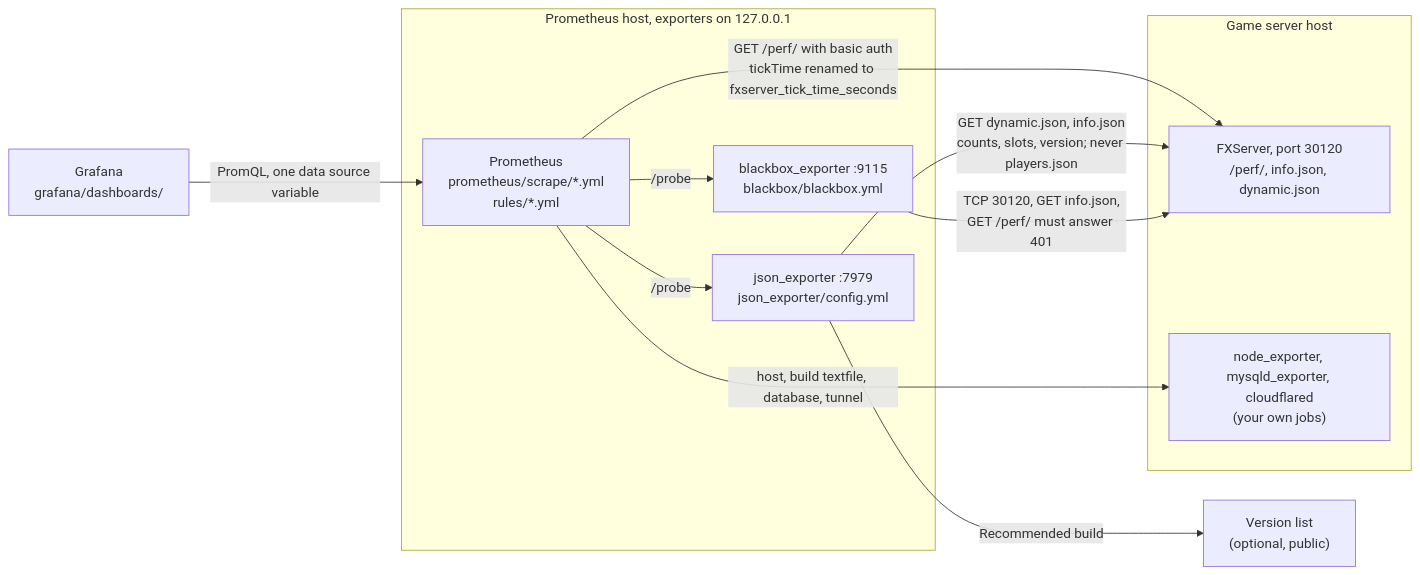
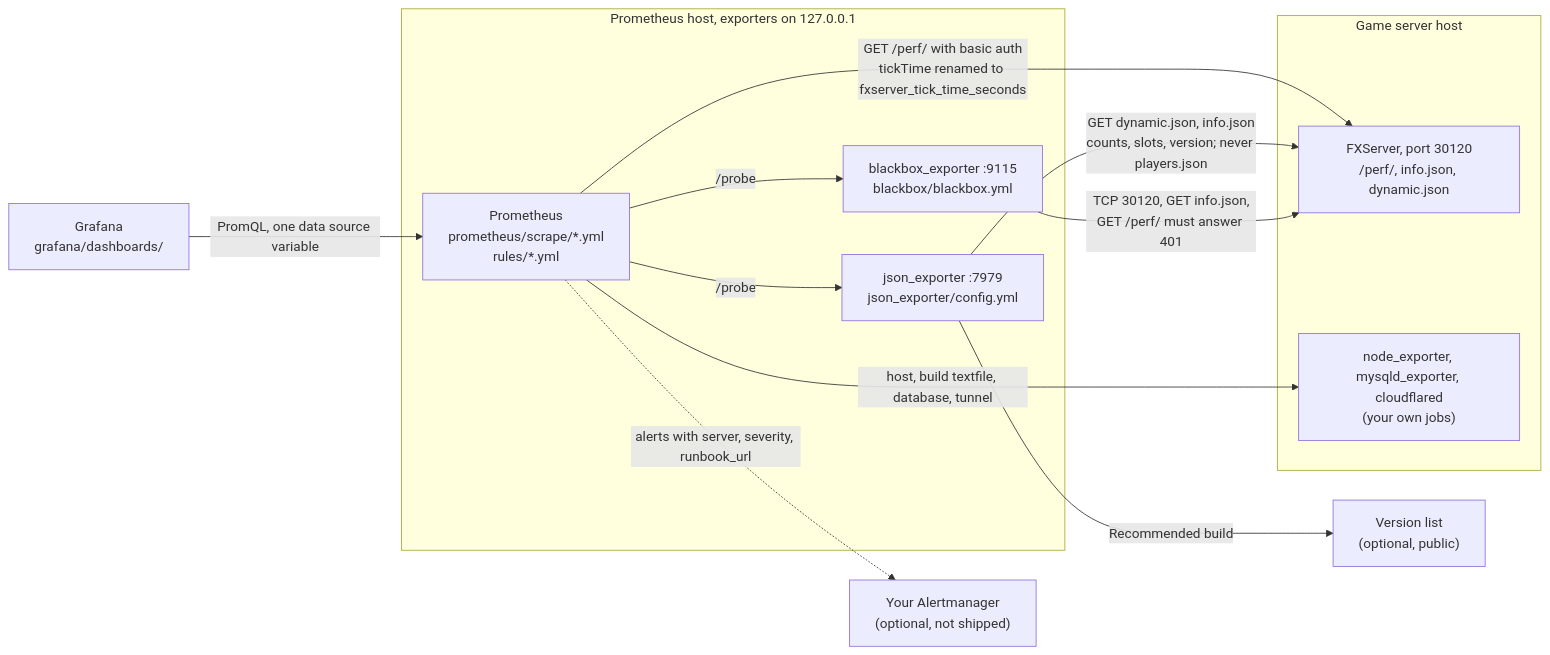
The diagram in README.md (luminare-dev/gameserver-observability), drawn with Mermaid before and after one commit. The commit also changed other lines of this file and 12 other files, not shown here.

````diff
--- a/README.md
+++ b/README.md
@@ -70,22 +96,24 @@
 ```mermaid
 flowchart LR
     subgraph game["Game server host"]
         fx["FXServer, port 30120<br/>/perf/, info.json, dynamic.json"]
         node["node_exporter, mysqld_exporter, cloudflared<br/>(your own jobs)"]
     end
     subgraph mon["Prometheus host, exporters on 127.0.0.1"]
         prom["Prometheus<br/>prometheus/scrape/*.yml<br/>rules/*.yml"]
         je["json_exporter :7979<br/>json_exporter/config.yml"]
         bb["blackbox_exporter :9115<br/>blackbox/blackbox.yml"]
     end
     list["Version list<br/>(optional, public)"]
     graf["Grafana<br/>grafana/dashboards/"]
+    am["Your Alertmanager<br/>(optional, not shipped)"]
     prom -- "GET /perf/ with basic auth<br/>tickTime renamed to fxserver_tick_time_seconds" --> fx
     prom -- "/probe" --> je
     je -- "GET dynamic.json, info.json<br/>counts, slots, version; never players.json" --> fx
     je -- "Recommended build" --> list
     prom -- "/probe" --> bb
     bb -- "TCP 30120, GET info.json,<br/>GET /perf/ must answer 401" --> fx
     prom -- "host, build textfile, database, tunnel" --> node
     graf -- "PromQL, one data source variable" --> prom
+    prom -.->|"alerts with server, severity, runbook_url"| am
 ```
````
